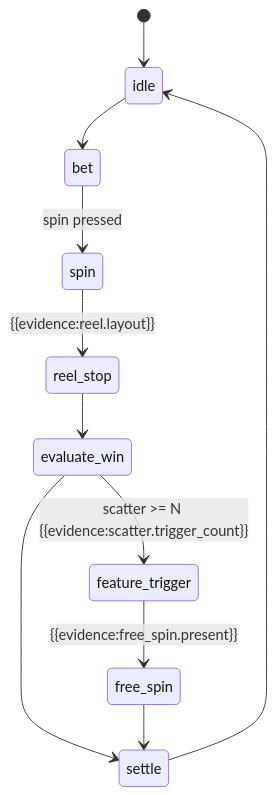
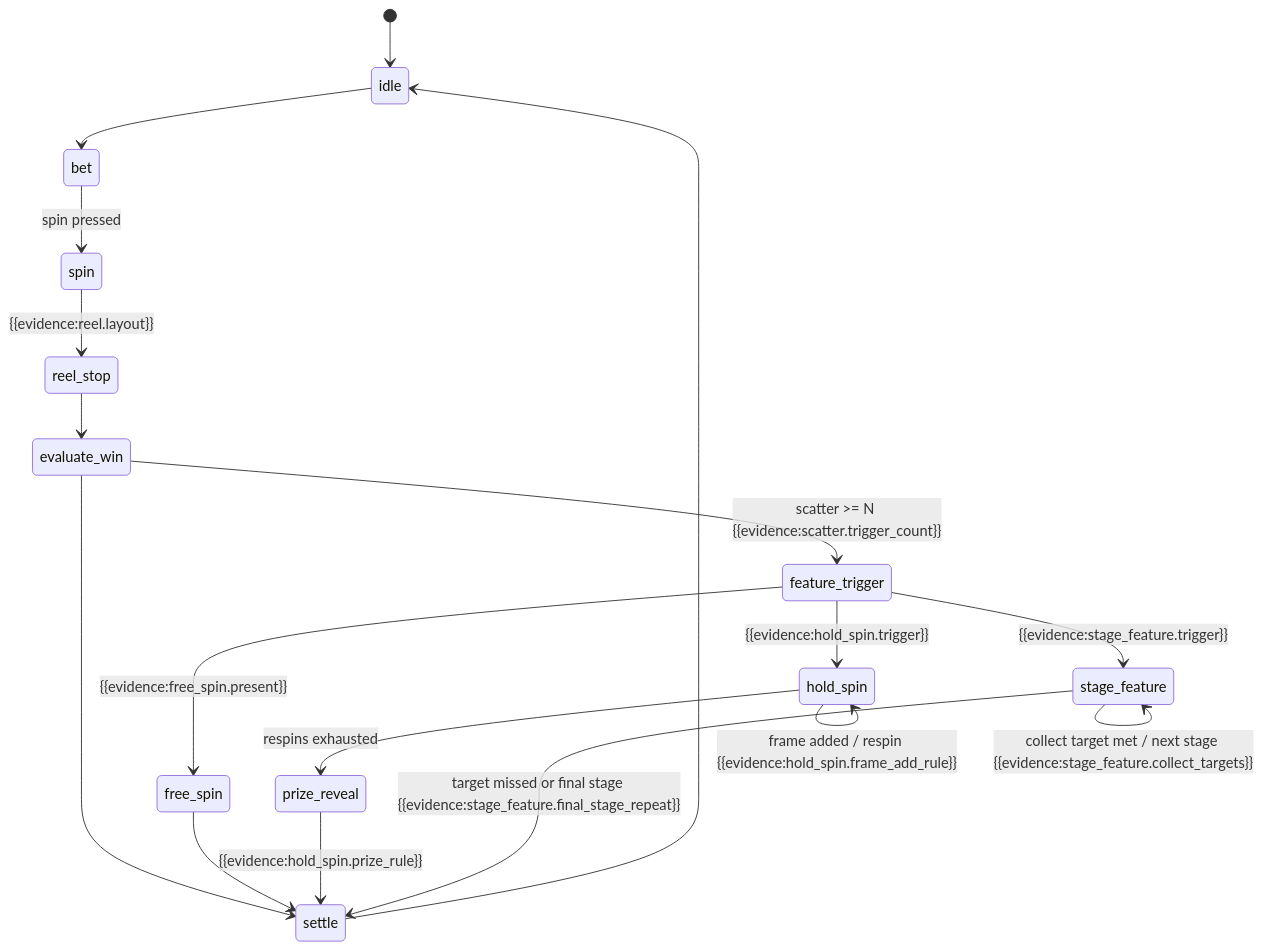
One commit to igs-paddyyang-tw/ark-agent-skills changed the diagram in ark-game-spec/domains/slot-game/spec/state-machine.skeleton.mmd. Above: the diagram before and after it, drawn with Mermaid. The commit also changed 16 other files, not shown here.

```diff
--- a/ark-game-spec/domains/slot-game/spec/state-machine.skeleton.mmd
+++ b/ark-game-spec/domains/slot-game/spec/state-machine.skeleton.mmd
@@ -1,11 +1,18 @@
 stateDiagram-v2
     [*] --> idle
     idle --> bet
     bet --> spin : spin pressed
     spin --> reel_stop : {{evidence:reel.layout}}
     reel_stop --> evaluate_win
     evaluate_win --> feature_trigger : scatter >= N {{evidence:scatter.trigger_count}}
     evaluate_win --> settle
     feature_trigger --> free_spin : {{evidence:free_spin.present}}
     free_spin --> settle
+    feature_trigger --> hold_spin : {{evidence:hold_spin.trigger}}
+    hold_spin --> hold_spin : frame added / respin {{evidence:hold_spin.frame_add_rule}}
+    hold_spin --> prize_reveal : respins exhausted
+    prize_reveal --> settle : {{evidence:hold_spin.prize_rule}}
+    feature_trigger --> stage_feature : {{evidence:stage_feature.trigger}}
+    stage_feature --> stage_feature : collect target met / next stage {{evidence:stage_feature.collect_targets}}
+    stage_feature --> settle : target missed or final stage {{evidence:stage_feature.final_stage_repeat}}
     settle --> idle
```
